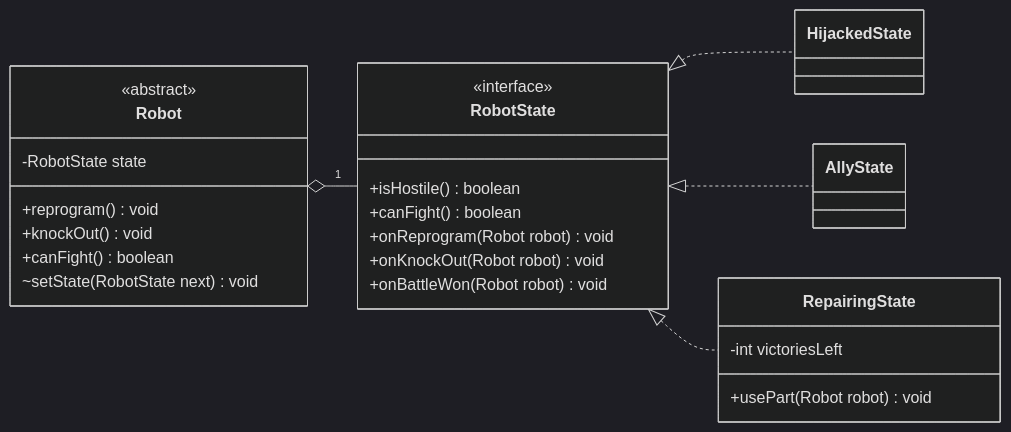
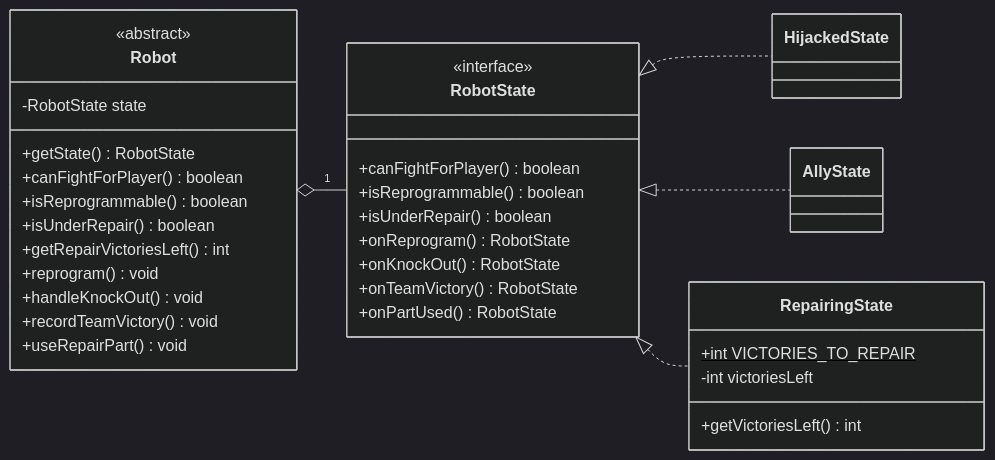
Before and after one commit to ValentinBassot/2D-Game: the second of 11 diagrams in docs/uml.md, drawn with Mermaid (dark theme). The commit also changed other lines of this file, not shown here.

Commit message:
docs(uml): sync the UML diagrams with the current code

````diff
--- a/docs/uml.md
+++ b/docs/uml.md
@@ -148,35 +203,43 @@
 ```mermaid
 classDiagram
     direction LR
 
     class Robot {
         <<abstract>>
         -RobotState state
+        +getState() RobotState
+        +canFightForPlayer() boolean
+        +isReprogrammable() boolean
+        +isUnderRepair() boolean
+        +getRepairVictoriesLeft() int
         +reprogram() void
-        +knockOut() void
-        +canFight() boolean
-        ~setState(RobotState next) void
+        +handleKnockOut() void
+        +recordTeamVictory() void
+        +useRepairPart() void
     }
 
     class RobotState {
         <<interface>>
-        +isHostile() boolean
-        +canFight() boolean
-        +onReprogram(Robot robot) void
-        +onKnockOut(Robot robot) void
-        +onBattleWon(Robot robot) void
+        +canFightForPlayer() boolean
+        +isReprogrammable() boolean
+        +isUnderRepair() boolean
+        +onReprogram() RobotState
+        +onKnockOut() RobotState
+        +onTeamVictory() RobotState
+        +onPartUsed() RobotState
     }
 
     class HijackedState
     class AllyState
 
     class RepairingState {
+        +int VICTORIES_TO_REPAIR$
         -int victoriesLeft
-        +usePart(Robot robot) void
+        +getVictoriesLeft() int
     }
 
     Robot o-- "1" RobotState
     RobotState <|.. HijackedState
     RobotState <|.. AllyState
     RobotState <|.. RepairingState
 ```
````
